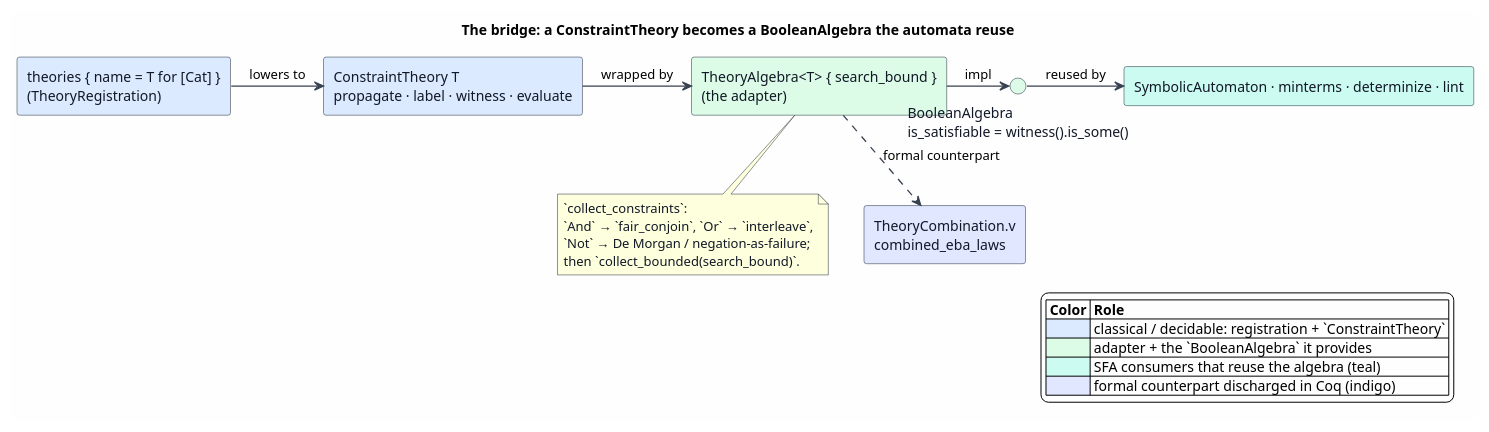
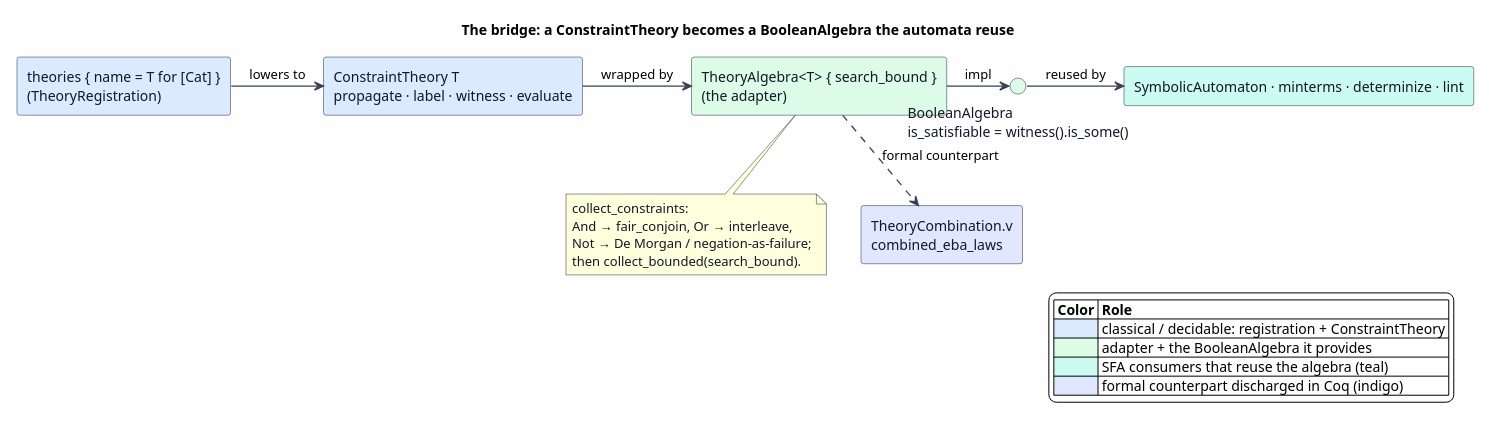
The diagram in docs/architecture/semantic-predicates/figures/13-theory-algebra-bridge.puml (F1R3FLY-io/mettail-rust), drawn with PlantUML before and after one commit. The commit also changed 51 other files, not shown here.

```diff
--- a/docs/architecture/semantic-predicates/figures/13-theory-algebra-bridge.puml
+++ b/docs/architecture/semantic-predicates/figures/13-theory-algebra-bridge.puml
@@ -1,52 +1,52 @@
 @startuml
 skinparam backgroundColor #FEFEFE
 skinparam shadowing false
 skinparam ArrowColor #374151
 skinparam ArrowThickness 1.3
 skinparam componentStyle rectangle
 skinparam component {
   BorderColor #1F2937
   FontColor #111827
 }
 skinparam interface {
   BorderColor #1F2937
   FontColor #111827
 }
 skinparam note {
   BorderColor #1F2937
   FontColor #111827
 }
 
 title The bridge: a ConstraintTheory becomes a BooleanAlgebra the automata reuse
 
 ' ── Left→right dataflow: registration → theory → adapter → BooleanAlgebra → consumers ──
 component "theories { name = T for [Cat] }\n(TheoryRegistration)" as Reg #DBEAFE
 component "ConstraintTheory T\npropagate · label · witness · evaluate" as Theory #DBEAFE
 component "TheoryAlgebra<T> { search_bound }\n(the adapter)" as Adapter #DCFCE7
 interface "BooleanAlgebra\nis_satisfiable = witness().is_some()" as BA #DCFCE7
 component "SymbolicAutomaton · minterms · determinize · lint" as Consumers #CCFBF1
 
 Reg     -right-> Theory   : lowers to
 Theory  -right-> Adapter  : wrapped by
 Adapter -right-> BA       : impl
 BA      -right-> Consumers : reused by
 
 note bottom of Adapter
-  `collect_constraints`:
-  `And` → `fair_conjoin`,  `Or` → `interleave`,
-  `Not` → De Morgan / negation-as-failure;
-  then `collect_bounded(search_bound)`.
+  collect_constraints:
+  And → fair_conjoin,  Or → interleave,
+  Not → De Morgan / negation-as-failure;
+  then collect_bounded(search_bound).
 end note
 
 ' ── Formal counterpart (dashed) ──
 component "TheoryCombination.v\ncombined_eba_laws" as Formal #E0E7FF
 Adapter ..> Formal : formal counterpart
 
 legend right
 |= Color |= Role |
-|<#DBEAFE> | classical / decidable: registration + `ConstraintTheory` |
-|<#DCFCE7> | adapter + the `BooleanAlgebra` it provides |
+|<#DBEAFE> | classical / decidable: registration + ConstraintTheory |
+|<#DCFCE7> | adapter + the BooleanAlgebra it provides |
 |<#CCFBF1> | SFA consumers that reuse the algebra (teal) |
 |<#E0E7FF> | formal counterpart discharged in Coq (indigo) |
 endlegend
 @enduml
```
